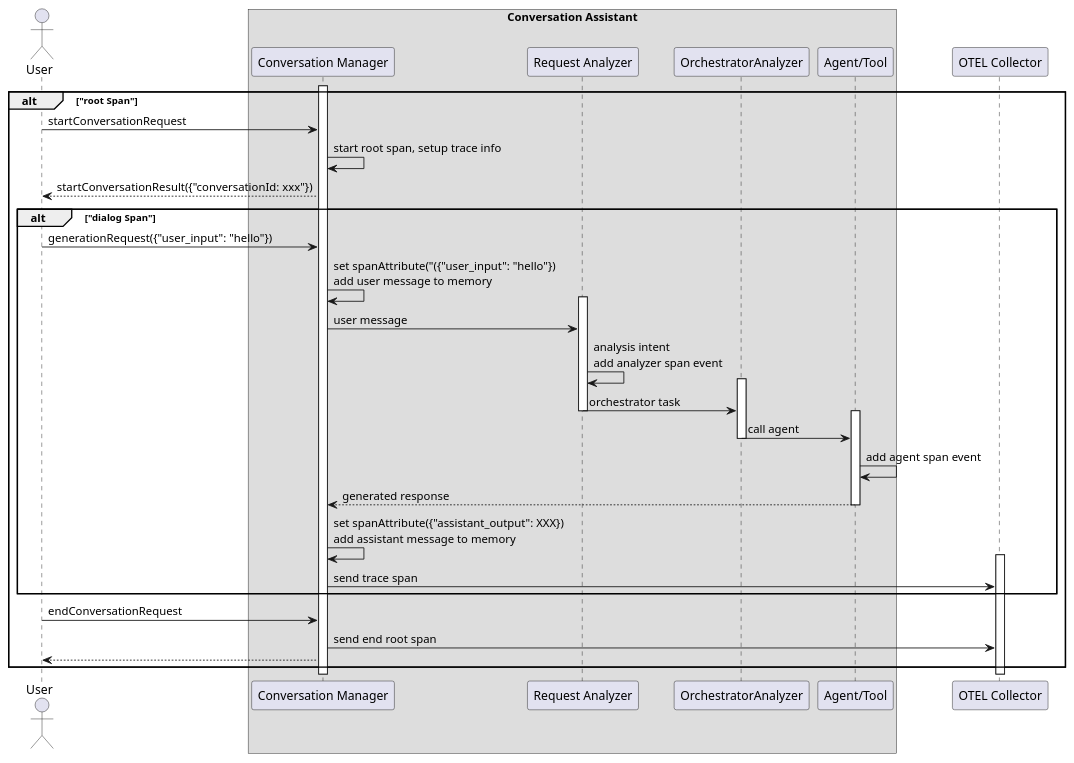
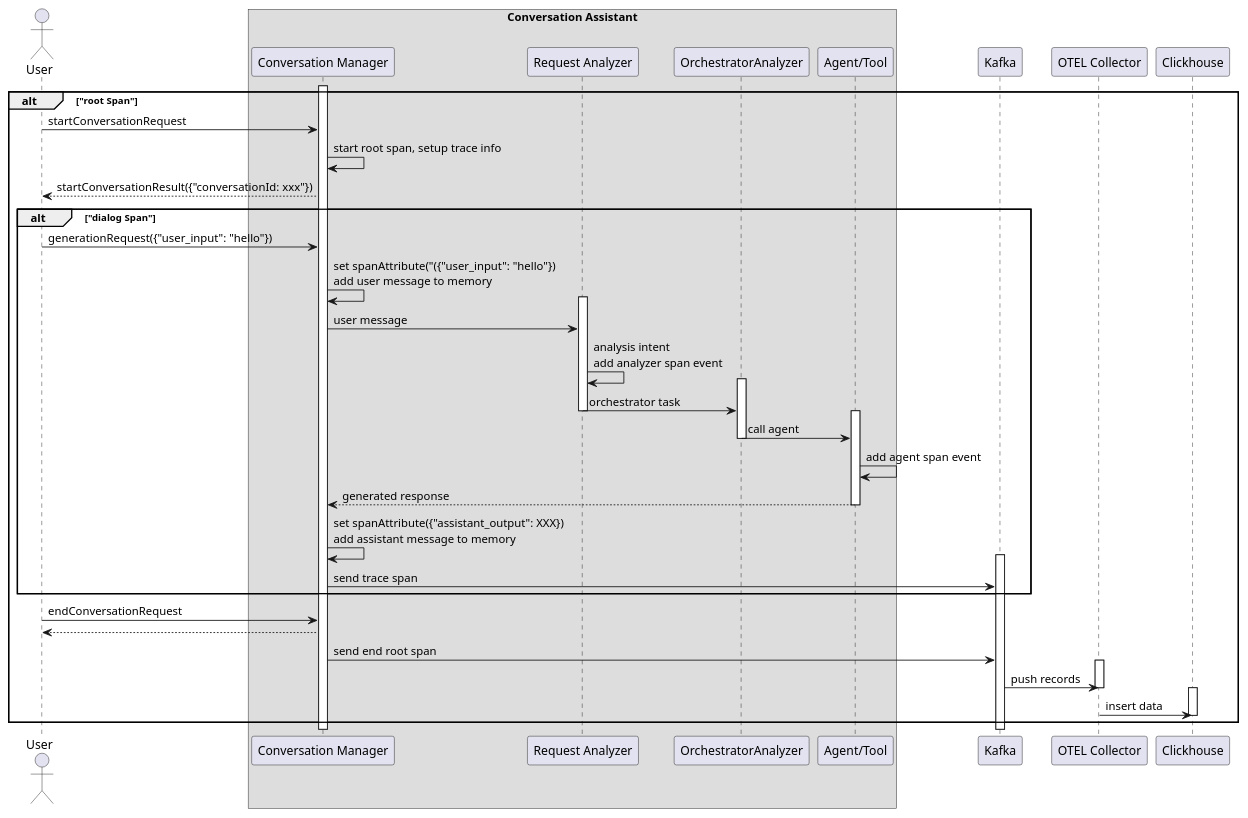
Before and after one commit to suntrian/allkindsample: the diagram in utils/src/main/resources/eval_nca.plantuml, drawn with PlantUML. The commit also changed 11 other files, not shown here.

```diff
--- a/utils/src/main/resources/eval_nca.plantuml
+++ b/utils/src/main/resources/eval_nca.plantuml
@@ -1,42 +1,50 @@
 @startuml
 actor User
 box "Conversation Assistant"
 participant "Conversation Manager" as CM
 participant "Request Analyzer" as RA
 participant "OrchestratorAnalyzer" as OA
 participant "Agent/Tool" as AG
 end box
+participant "Kafka" AS KF
 participant "OTEL Collector" AS OC
+participant "Clickhouse" AS CH
 
 alt "root Span"
 activate CM
 User -> CM: startConversationRequest
 CM -> CM: start root span, setup trace info
 CM --> User: startConversationResult({"conversationId: xxx"})
 
 alt  "dialog Span"
 User -> CM: generationRequest({"user_input": "hello"})
 CM -> CM: set spanAttribute("({"user_input": "hello"})\nadd user message to memory
 activate RA
 CM -> RA: user message
 RA -> RA: analysis intent\nadd analyzer span event
 activate OA
 RA -> OA: orchestrator task
 deactivate RA
 activate AG
 OA -> AG: call agent
 deactivate OA
 AG -> AG: add agent span event
 AG --> CM: generated response
 deactivate AG
 CM -> CM: set spanAttribute({"assistant_output": XXX})\nadd assistant message to memory
-activate OC
-CM -> OC: send trace span
+activate KF
+CM -> KF: send trace span
 end alt
 
 User -> CM: endConversationRequest
-CM -> OC: send end root span
 CM --> User
+CM -> KF: send end root span
+activate OC
+KF -> OC: push records
+deactivate OC
+activate CH
+OC -> CH: insert data
+deactivate CH
 end alt
 
 @enduml
```
